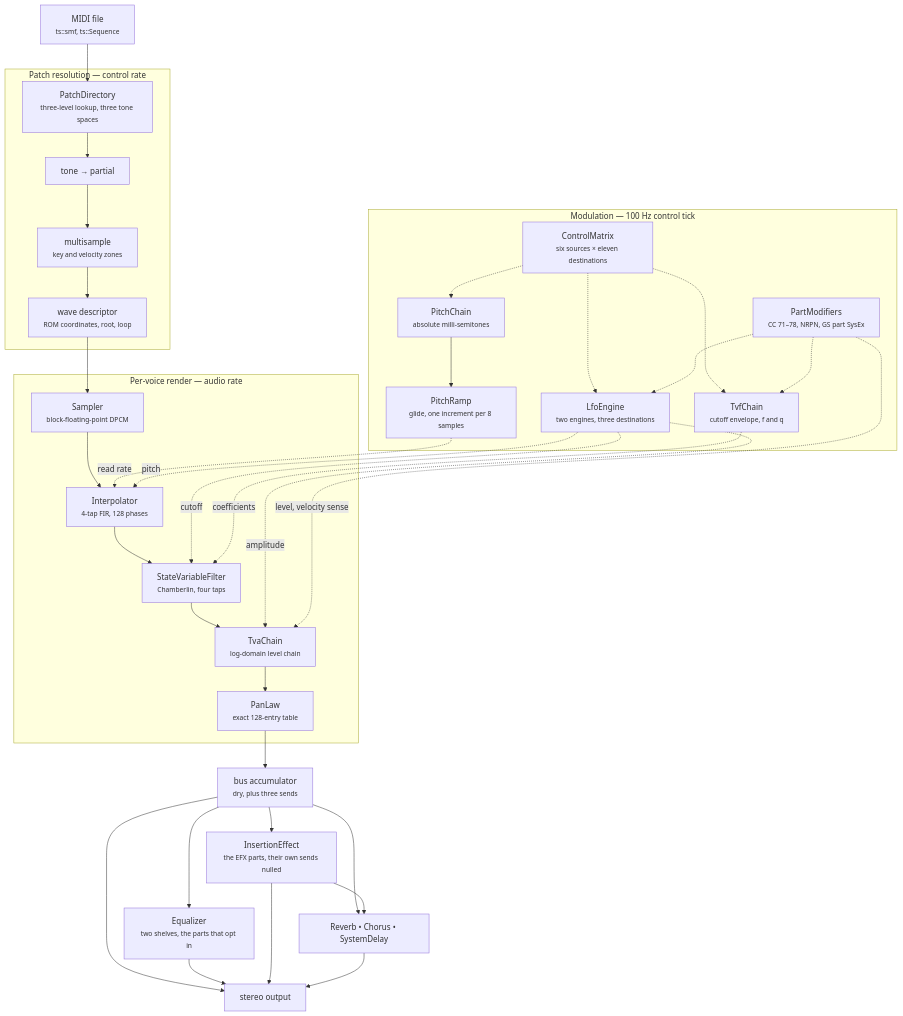
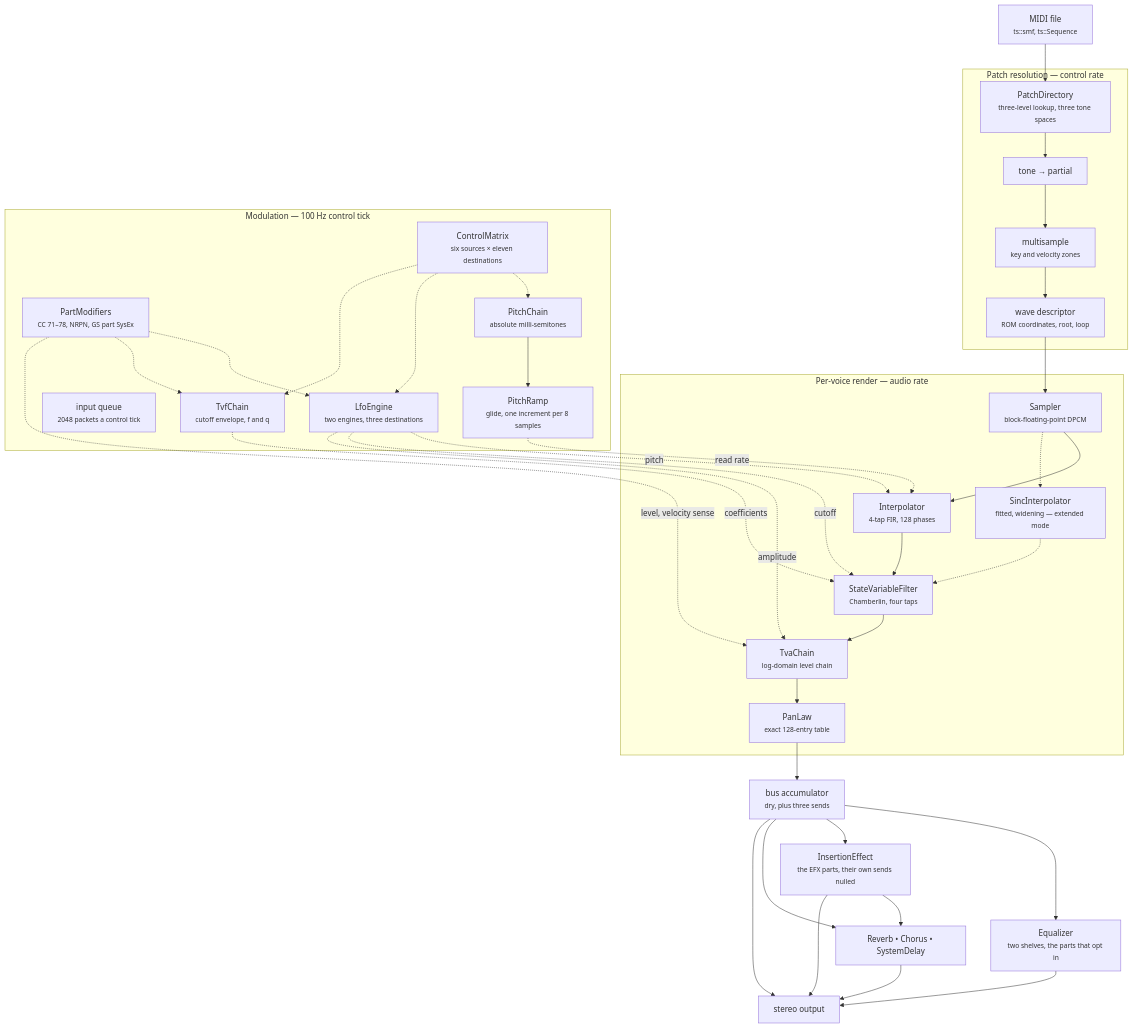
Before and after one commit to TabulaSonora/NativeTS: the second of 3 diagrams in docs/articles/architecture.md, drawn with Mermaid. The commit also changed other lines of this file and 3 other files, not shown here.

First line of the commit message:
Documentation for the resampler, the input queue and the effect-row seed

````diff
--- a/docs/articles/architecture.md
+++ b/docs/articles/architecture.md
@@ -52,51 +52,54 @@
 ```mermaid
 flowchart TD
     MIDI["MIDI file<br/><small>ts::smf, ts::Sequence</small>"] --> DIR
 
     subgraph resolve["Patch resolution &mdash; control rate"]
         DIR["PatchDirectory<br/><small>three-level lookup, three tone spaces</small>"]
         TONE["tone &rarr; partial"]
         MS["multisample<br/><small>key and velocity zones</small>"]
         WD["wave descriptor<br/><small>ROM coordinates, root, loop</small>"]
         DIR --> TONE --> MS --> WD
     end
 
     subgraph voice["Per-voice render &mdash; audio rate"]
         CODEC["Sampler<br/><small>block-floating-point DPCM</small>"]
         INTERP["Interpolator<br/><small>4-tap FIR, 128 phases</small>"]
+        SINC["SincInterpolator<br/><small>fitted, widening &mdash; extended mode</small>"]
         SVF["StateVariableFilter<br/><small>Chamberlin, four taps</small>"]
         TVA["TvaChain<br/><small>log-domain level chain</small>"]
         PAN["PanLaw<br/><small>exact 128-entry table</small>"]
         CODEC --> INTERP --> SVF --> TVA --> PAN
+        CODEC -.-> SINC -.-> SVF
     end
 
     subgraph control["Modulation &mdash; 100 Hz control tick"]
         MTX["ControlMatrix<br/><small>six sources &times; eleven destinations</small>"]
         MOD["PartModifiers<br/><small>CC 71&ndash;78, NRPN, GS part SysEx</small>"]
         PITCH["PitchChain<br/><small>absolute milli-semitones</small>"]
         RAMP["PitchRamp<br/><small>glide, one increment per 8 samples</small>"]
+        QUEUE["input queue<br/><small>2048 packets a control tick</small>"]
         LFO["LfoEngine<br/><small>two engines, three destinations</small>"]
         TVF["TvfChain<br/><small>cutoff envelope, f and q</small>"]
         MTX -.-> PITCH & LFO & TVF
         MOD -.-> LFO & TVF
         PITCH --> RAMP
     end
 
     WD --> CODEC
     RAMP -.->|read rate| INTERP
     LFO -.->|pitch| INTERP
     LFO -.->|cutoff| SVF
     LFO -.->|amplitude| TVA
     TVF -.->|coefficients| SVF
     MOD -.->|level, velocity sense| TVA
 
     PAN --> BUS["bus accumulator<br/><small>dry, plus three sends</small>"]
     BUS --> EQ["Equalizer<br/><small>two shelves, the parts that opt in</small>"]
     BUS --> EFX["InsertionEffect<br/><small>the EFX parts, their own sends nulled</small>"]
     BUS --> FX["Reverb &bull; Chorus &bull; SystemDelay"]
     BUS --> OUT["stereo output"]
     EQ --> OUT
     EFX --> FX
     EFX --> OUT
     FX --> OUT
 ```
````
